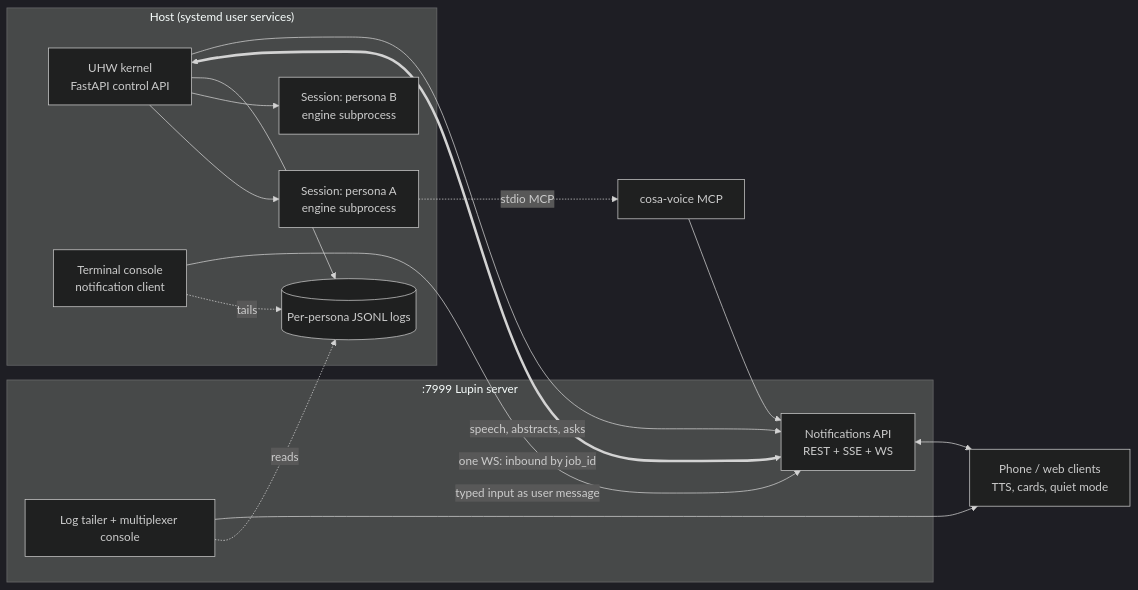
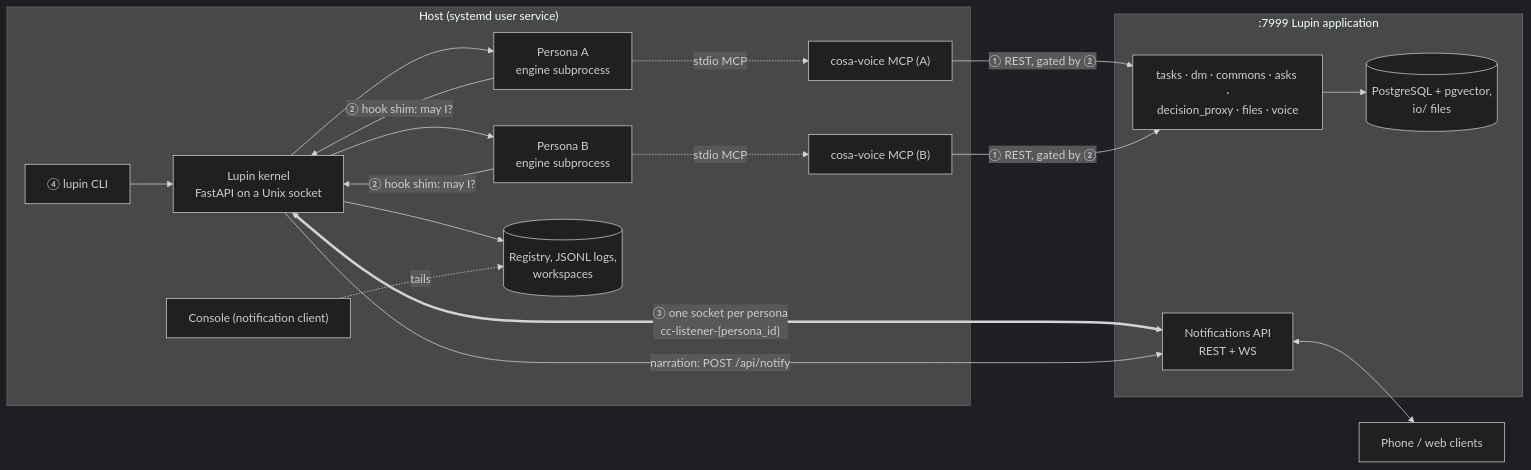
The first of 6 diagrams in src/rnd/v0.0.1/2026.10.14-uhw-implementation-planning-framework.md (deepily/unified-headless-wrapper), drawn with Mermaid (dark theme) before and after one commit. The commit also changed other lines of this file and 13 other files, not shown here.

````diff
--- a/src/rnd/v0.0.1/2026.10.14-uhw-implementation-planning-framework.md
+++ b/src/rnd/v0.0.1/2026.10.14-uhw-implementation-planning-framework.md
@@ -110,23 +150,27 @@
 ```mermaid
 flowchart LR
-    subgraph Host["Host (systemd user services)"]
-        SUP["UHW kernel<br/>FastAPI control API"]
-        SUP --> S1["Session: persona A<br/>engine subprocess"]
-        SUP --> S2["Session: persona B<br/>engine subprocess"]
-        SUP --> LOG[("Per-persona JSONL logs")]
-        CON["Terminal console<br/>notification client"] -. tails .-> LOG
+    subgraph Host["Host (systemd user service)"]
+        K["Lupin kernel<br/>FastAPI on a Unix socket"]
+        K --> S1["Persona A<br/>engine subprocess"]
+        K --> S2["Persona B<br/>engine subprocess"]
+        S1 -. "stdio MCP" .-> M1["cosa-voice MCP (A)"]
+        S2 -. "stdio MCP" .-> M2["cosa-voice MCP (B)"]
+        S1 -- "② hook shim: may I?" --> K
+        S2 -- "② hook shim: may I?" --> K
+        K --> LOG[("Registry, JSONL logs,<br/>workspaces")]
+        CLI["④ lupin CLI"] --> K
+        CON["Console (notification client)"] -. tails .-> LOG
     end
-    subgraph Server[":7999 Lupin server"]
-        NAPI["Notifications API<br/>REST + SSE + WS"]
-        TAIL["Log tailer + multiplexer console"]
+    subgraph Server[":7999 Lupin application"]
+        NAPI["Notifications API<br/>REST + WS"]
+        REST["tasks · dm · commons · asks ·<br/>decision_proxy · files · voice"]
+        DB[("PostgreSQL + pgvector,<br/>io/ files")]
     end
-    PHONE["Phone / web clients<br/>TTS, cards, quiet mode"]
-    SUP <== "one WS: inbound by job_id" ==> NAPI
-    SUP -- "speech, abstracts, asks" --> NAPI
-    CON -- "typed input as user message" --> NAPI
+    PHONE["Phone / web clients"]
+    K <== "③ one socket per persona<br/>cc-listener-{persona_id}" ==> NAPI
+    K -- "narration: POST /api/notify" --> NAPI
+    M1 -- "① REST, gated by ②" --> REST
+    M2 -- "① REST, gated by ②" --> REST
+    REST --> DB
     NAPI <--> PHONE
-    TAIL -. reads .-> LOG
-    TAIL --> PHONE
-    S1 -. "stdio MCP" .-> MCP["cosa-voice MCP"]
-    MCP --> NAPI
 ```
````
